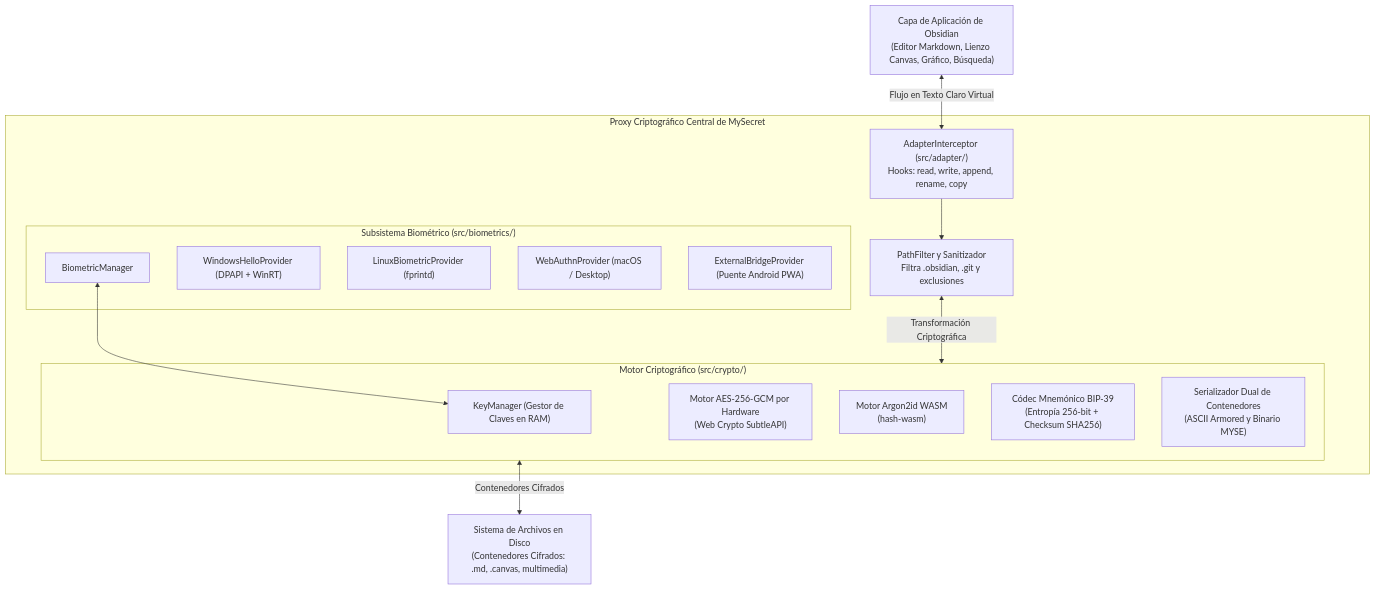
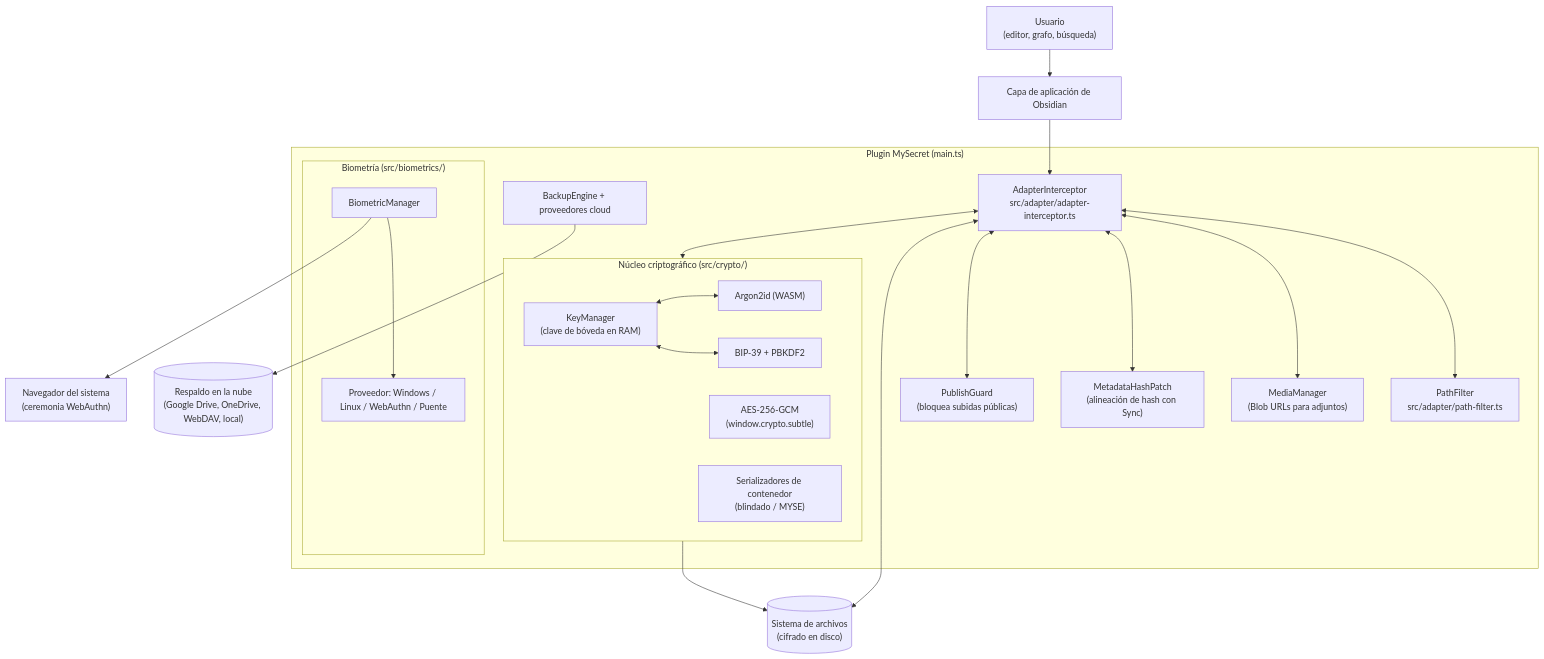
The diagram in DEVELOPER_GUIDE.es.md (abismalmx/MySecret), drawn with Mermaid before and after one commit. The commit also changed other lines of this file and 1 other file, not shown here.

````diff
--- a/DEVELOPER_GUIDE.es.md
+++ b/DEVELOPER_GUIDE.es.md
@@ -44,33 +341,46 @@
 ```mermaid
 graph TD
-    ObsidianApp["Capa de Aplicación de Obsidian<br>(Editor Markdown, Lienzo Canvas, Gráfico, Búsqueda)"]
-    
-    subgraph MySecretCore ["Proxy Criptográfico Central de MySecret"]
-        AdapterInterceptor["AdapterInterceptor (src/adapter/)<br>Hooks: read, write, append, rename, copy"]
-        PathFilter["PathFilter y Sanitizador<br>Filtra .obsidian, .git y exclusiones"]
-        
-        subgraph CryptoEngine ["Motor Criptográfico (src/crypto/)"]
-            KeyManager["KeyManager (Gestor de Claves en RAM)"]
-            AES256["Motor AES-256-GCM por Hardware<br>(Web Crypto SubtleAPI)"]
-            Argon2["Motor Argon2id WASM<br>(hash-wasm)"]
-            BIP39["Códec Mnemónico BIP-39<br>(Entropía 256-bit + Checksum SHA256)"]
-            Envelope["Serializador Dual de Contenedores<br>(ASCII Armored y Binario MYSE)"]
+    User["Usuario<br/>(editor, grafo, búsqueda)"]
+    Obsidian["Capa de aplicación de Obsidian"]
+
+    subgraph Plugin["Plugin MySecret (main.ts)"]
+        Interceptor["AdapterInterceptor<br/>src/adapter/adapter-interceptor.ts"]
+        Filter["PathFilter<br/>src/adapter/path-filter.ts"]
+        Media["MediaManager<br/>(Blob URLs para adjuntos)"]
+        HashPatch["MetadataHashPatch<br/>(alineación de hash con Sync)"]
+        Publish["PublishGuard<br/>(bloquea subidas públicas)"]
+
+        subgraph Crypto["Núcleo criptográfico (src/crypto/)"]
+            KeyMgr["KeyManager<br/>(clave de bóveda en RAM)"]
+            AES["AES-256-GCM<br/>(window.crypto.subtle)"]
+            Argon2["Argon2id (WASM)"]
+            BIP39["BIP-39 + PBKDF2"]
+            Env["Serializadores de contenedor<br/>(blindado / MYSE)"]
         end
-        
-        subgraph BioSubsystem ["Subsistema Biométrico (src/biometrics/)"]
-            BioManager["BiometricManager"]
-            WinHello["WindowsHelloProvider (DPAPI + WinRT)"]
-            LinuxBio["LinuxBiometricProvider (fprintd)"]
-            WebAuthn["WebAuthnProvider (macOS / Desktop)"]
-            ExtBridge["ExternalBridgeProvider (Puente Android PWA)"]
+
+        subgraph Bio["Biometría (src/biometrics/)"]
+            BioMgr["BiometricManager"]
+            Prov["Proveedor: Windows / Linux / WebAuthn / Puente"]
         end
+
+        Backup["BackupEngine + proveedores cloud"]
     end
-    
-    DiskStorage["Sistema de Archivos en Disco<br>(Contenedores Cifrados: .md, .canvas, multimedia)"]
-    
-    ObsidianApp <-->|Flujo en Texto Claro Virtual| AdapterInterceptor
-    AdapterInterceptor --> PathFilter
-    PathFilter <-->|Transformación Criptográfica| CryptoEngine
-    CryptoEngine <-->|Contenedores Cifrados| DiskStorage
-    BioManager <--> KeyManager
+
+    FS[("Sistema de archivos<br/>(cifrado en disco)")]
+    Cloud[("Respaldo en la nube<br/>(Google Drive, OneDrive, WebDAV, local)")]
+    Browser["Navegador del sistema<br/>(ceremonia WebAuthn)"]
+
+    User --> Obsidian --> Interceptor
+    Interceptor <--> Filter
+    Interceptor <--> Crypto
+    Interceptor <--> Media
+    Interceptor <--> HashPatch
+    Interceptor <--> Publish
+    KeyMgr <--> Argon2
+    KeyMgr <--> BIP39
+    BioMgr --> Prov
+    BioMgr --> Browser
+    Backup --> Cloud
+    Interceptor <--> FS
+    Crypto --> FS
 ```
````
